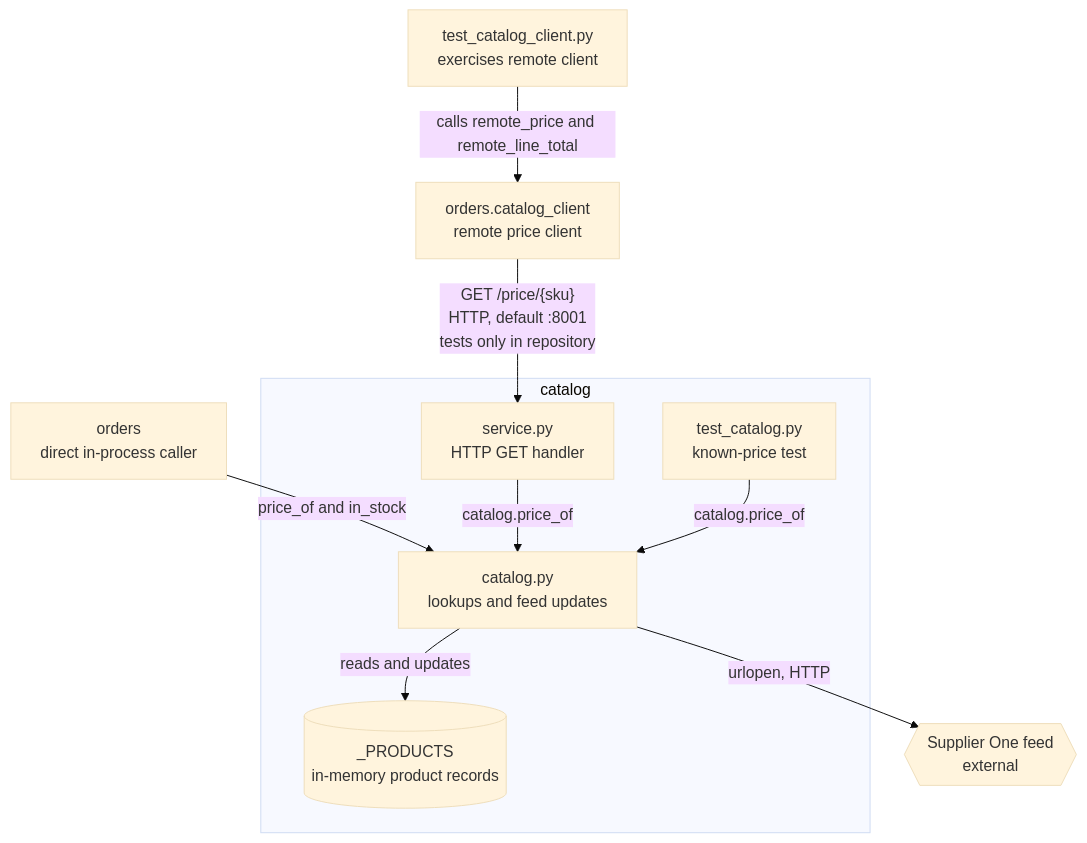
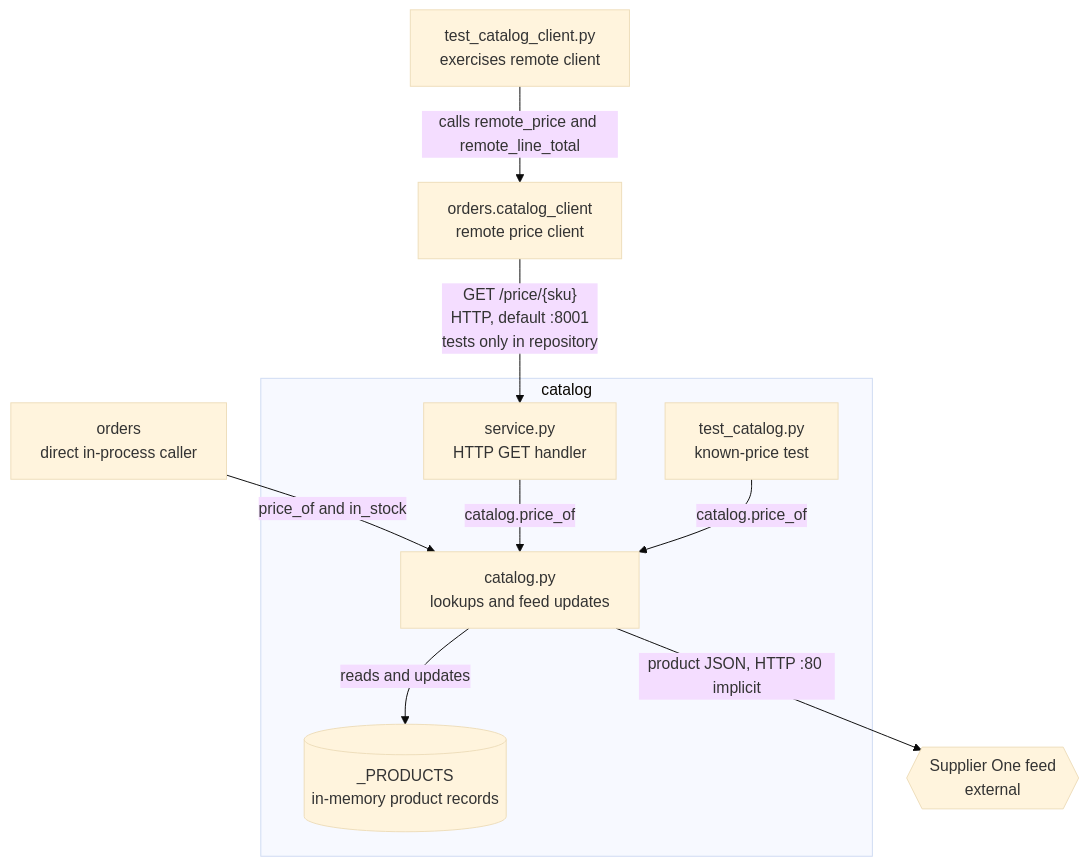
One commit to vishalc412/bible-mode-b-test changed the first of 2 diagrams in codebase-analysis/lld/catalog/README.md. Above: the diagram before and after it, drawn with Mermaid (base theme). The commit also changed 27 other files, not shown here.

````diff
--- a/codebase-analysis/lld/catalog/README.md
+++ b/codebase-analysis/lld/catalog/README.md
@@ -34,20 +34,20 @@
 ```mermaid
 flowchart TB
   orders["orders<br/>direct in-process caller"]
   ordershttp["orders.catalog_client<br/>remote price client"]
   ordershttptests["test_catalog_client.py<br/>exercises remote client"]
   subgraph catunit["catalog"]
     service["service.py<br/>HTTP GET handler"]
     catalogmod["catalog.py<br/>lookups and feed updates"]
     records[("_PRODUCTS<br/>in-memory product records")]
     testmod["test_catalog.py<br/>known-price test"]
   end
   supplier{{"Supplier One feed<br/>external"}}
   orders -->|"price_of and in_stock"| catalogmod
   ordershttptests -->|"calls remote_price and remote_line_total"| ordershttp
   ordershttp -->|"GET /price/{sku}<br/>HTTP, default :8001<br/>tests only in repository"| service
   service -->|"catalog.price_of"| catalogmod
   catalogmod -->|"reads and updates"| records
   testmod -->|"catalog.price_of"| catalogmod
-  catalogmod -->|"urlopen, HTTP"| supplier
+  catalogmod -->|"product JSON, HTTP :80 implicit"| supplier
 ```
````
